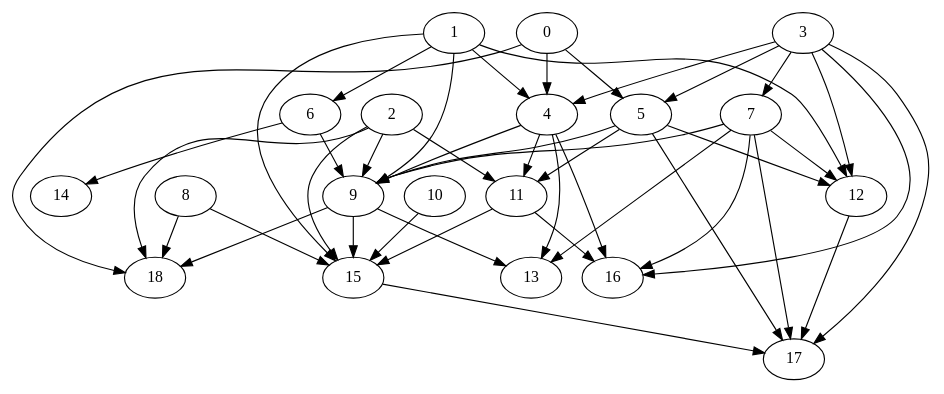
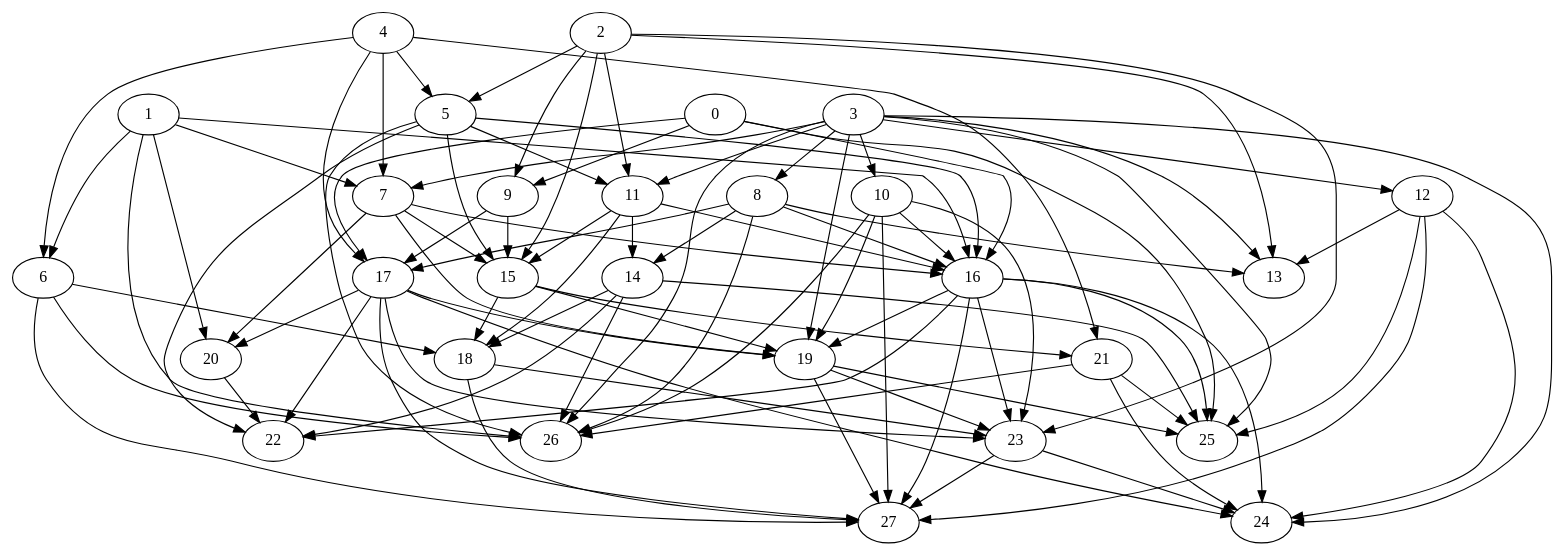
One commit to clussificate/STRATEGIC_INVENTORY changed the diagram in src/DAG.dot. Above: the diagram before and after it, drawn with Graphviz. The commit also changed 7 other files, not shown here.

```diff
--- a/src/DAG.dot
+++ b/src/DAG.dot
@@ -1,45 +1,94 @@
 strict digraph "" {
-	0 -> 4;
-	0 -> 5;
-	0 -> 18;
-	4 -> 9;
-	4 -> 11;
-	4 -> 13;
-	4 -> 16;
-	5 -> 9;
-	5 -> 12;
+	0 -> 9;
+	0 -> 16;
+	0 -> 17;
+	0 -> 25;
+	9 -> 17;
+	9 -> 15;
+	1 -> 6;
+	1 -> 7;
+	1 -> 16;
+	1 -> 20;
+	1 -> 26;
+	6 -> 18;
+	6 -> 26;
+	6 -> 27;
+	7 -> 16;
+	7 -> 15;
+	7 -> 20;
+	7 -> 19;
+	2 -> 9;
+	2 -> 5;
+	2 -> 11;
+	2 -> 13;
+	2 -> 15;
+	2 -> 23;
 	5 -> 11;
-	5 -> 17;
-	1 -> 4;
-	1 -> 6;
-	1 -> 9;
-	1 -> 12;
-	1 -> 15;
-	6 -> 9;
-	6 -> 14;
-	3 -> 4;
-	3 -> 5;
+	5 -> 16;
+	5 -> 15;
+	5 -> 22;
+	5 -> 26;
 	3 -> 7;
+	3 -> 8;
+	3 -> 11;
+	3 -> 10;
 	3 -> 12;
-	3 -> 16;
-	3 -> 17;
-	7 -> 9;
-	7 -> 12;
-	7 -> 13;
-	7 -> 16;
-	7 -> 17;
-	9 -> 15;
-	9 -> 13;
-	9 -> 18;
-	12 -> 17;
-	2 -> 9;
-	2 -> 11;
-	2 -> 15;
-	2 -> 18;
+	3 -> 13;
+	3 -> 19;
+	3 -> 25;
+	3 -> 26;
+	3 -> 24;
+	8 -> 16;
+	8 -> 17;
+	8 -> 13;
+	8 -> 14;
+	8 -> 26;
+	4 -> 6;
+	4 -> 7;
+	4 -> 5;
+	4 -> 17;
+	4 -> 21;
+	11 -> 16;
 	11 -> 15;
-	11 -> 16;
-	15 -> 17;
-	8 -> 15;
-	8 -> 18;
-	10 -> 15;
+	11 -> 14;
+	11 -> 18;
+	10 -> 16;
+	10 -> 19;
+	10 -> 23;
+	10 -> 26;
+	10 -> 27;
+	12 -> 13;
+	12 -> 25;
+	12 -> 24;
+	12 -> 27;
+	16 -> 19;
+	16 -> 23;
+	16 -> 22;
+	16 -> 25;
+	16 -> 24;
+	16 -> 27;
+	17 -> 20;
+	17 -> 19;
+	17 -> 23;
+	17 -> 22;
+	17 -> 24;
+	17 -> 27;
+	15 -> 19;
+	15 -> 18;
+	15 -> 21;
+	14 -> 18;
+	14 -> 22;
+	14 -> 25;
+	14 -> 26;
+	20 -> 22;
+	19 -> 23;
+	19 -> 25;
+	19 -> 27;
+	18 -> 23;
+	18 -> 27;
+	23 -> 24;
+	23 -> 27;
+	21 -> 25;
+	21 -> 26;
+	21 -> 24;
 }
```
